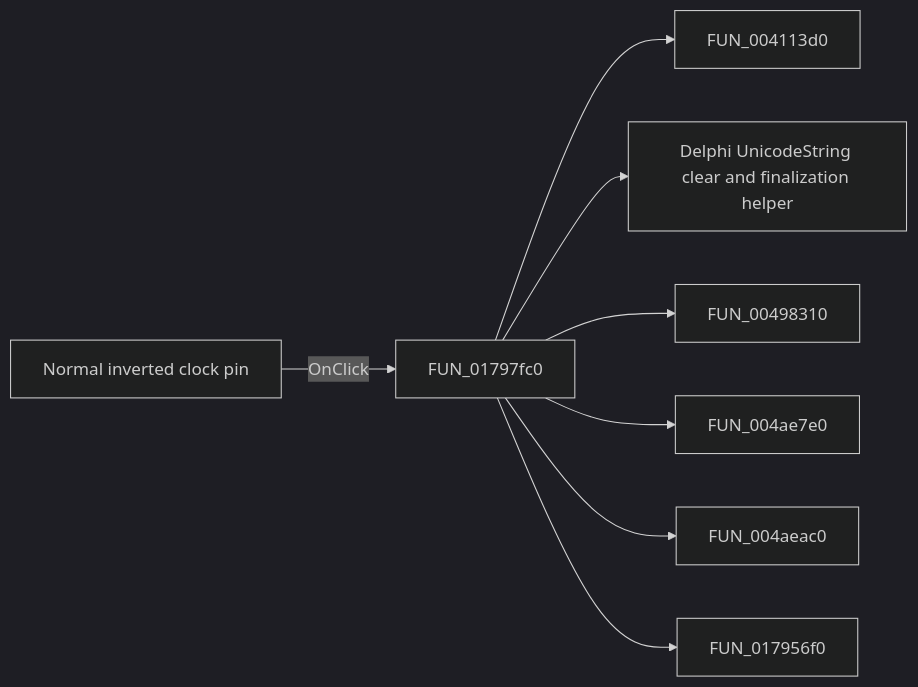
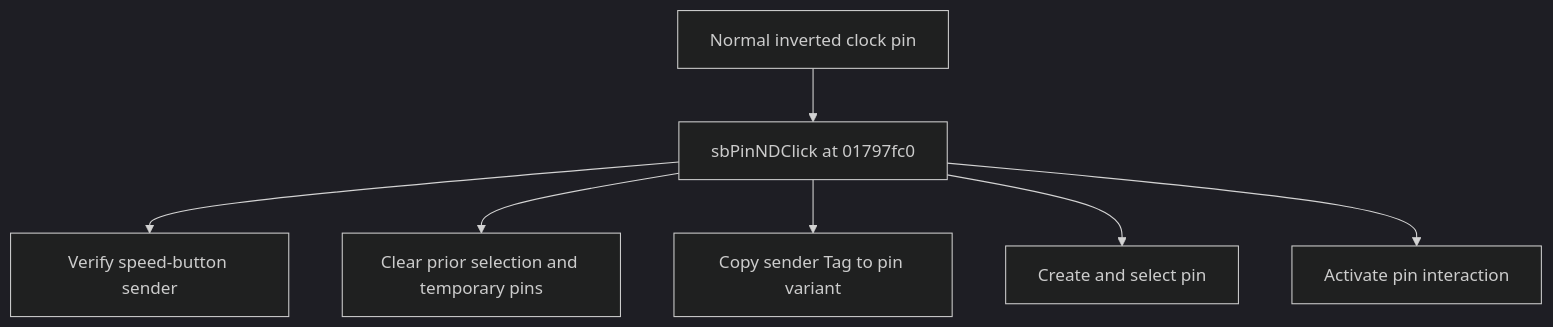
Before and after one commit to MovGP0/TIARA: the diagram in docs/ui-controls/shapeedit/sbpinndc-4bcd4adda8.md, drawn with Mermaid (dark theme). The commit also changed other lines of this file and 1062 other files, not shown here.

````diff
--- a/docs/ui-controls/shapeedit/sbpinndc-4bcd4adda8.md
+++ b/docs/ui-controls/shapeedit/sbpinndc-4bcd4adda8.md
@@ -27,10 +27,9 @@
 ```mermaid
-flowchart LR
-    control["Normal inverted clock pin"] -->|OnClick| handler["FUN_01797fc0"]
-    handler --> call1["FUN_004113d0"]
-    handler --> call2["Delphi UnicodeString clear and finalization helper"]
-    handler --> call3["FUN_00498310"]
-    handler --> call4["FUN_004ae7e0"]
-    handler --> call5["FUN_004aeac0"]
-    handler --> call6["FUN_017956f0"]
+flowchart TD
+    control["Normal inverted clock pin"] --> handler["sbPinNDClick at 01797fc0"]
+    handler --> step1["Verify speed-button sender"]
+    handler --> step2["Clear prior selection and temporary pins"]
+    handler --> step3["Copy sender Tag to pin variant"]
+    handler --> step4["Create and select pin"]
+    handler --> step5["Activate pin interaction"]
 ```
````
